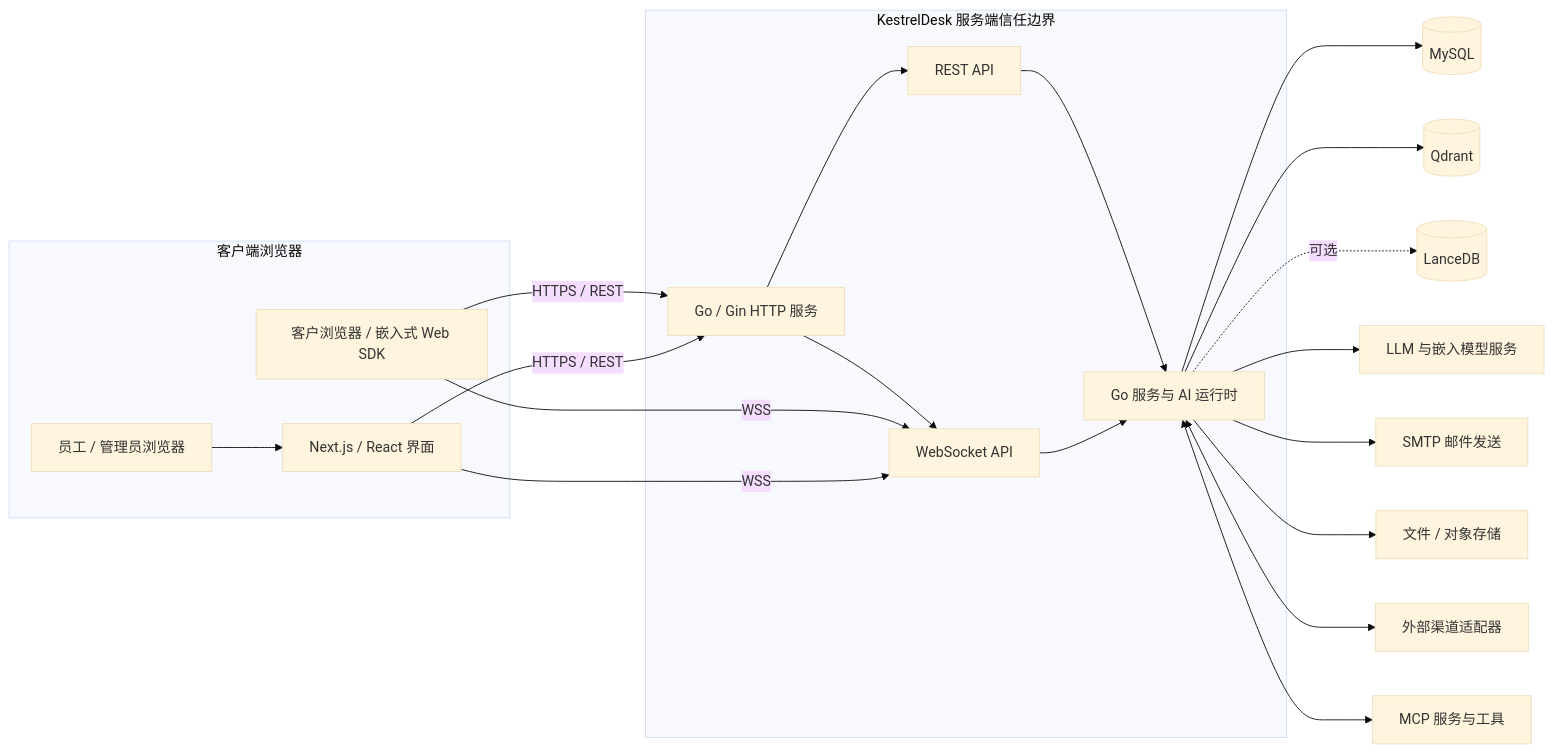
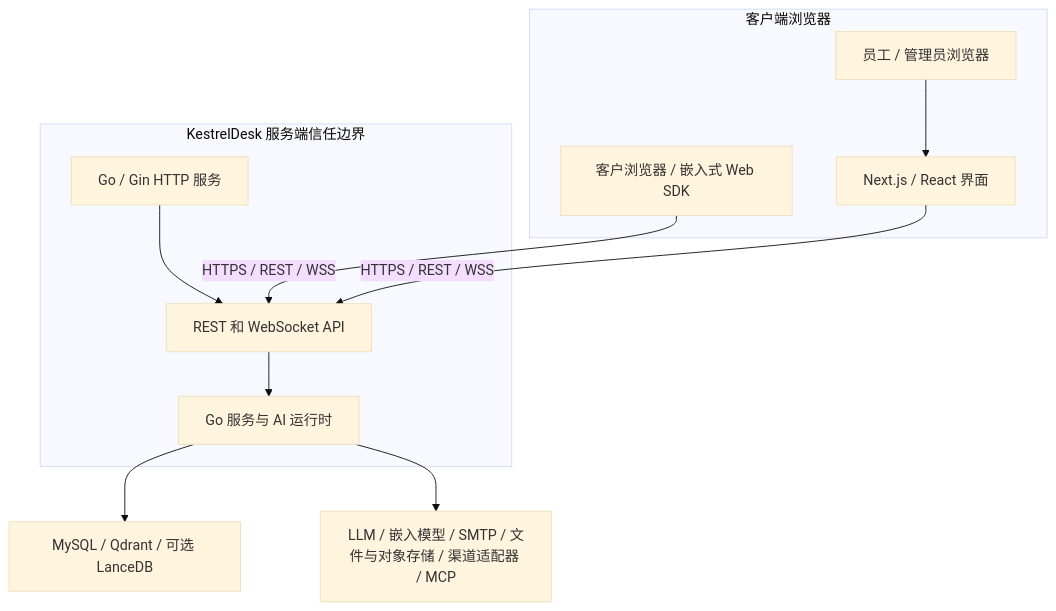
One commit to Swhshd/kestreldesk changed the fourth of 6 diagrams in README.md. Above: the diagram before and after it, drawn with Mermaid (base theme). The commit also changed other lines of this file, not shown here.

Commit message:
docs: improve README diagram readability

````diff
--- a/README.md
+++ b/README.md
@@ -376,34 +364,22 @@
 ```mermaid
-flowchart LR
+flowchart TB
   subgraph Clients[客户端浏览器]
     customer[客户浏览器 / 嵌入式 Web SDK]
     employee[员工 / 管理员浏览器]
     ui[Next.js / React 界面]
     employee --> ui
   end
 
   subgraph App[KestrelDesk 服务端信任边界]
     server[Go / Gin HTTP 服务]
-    rest[REST API]
-    ws[WebSocket API]
+    api[REST 和 WebSocket API]
     services[Go 服务与 AI 运行时]
-    server --> rest
-    server --> ws
-    rest --> services
-    ws --> services
+    server --> api --> services
   end
 
-  customer -->|HTTPS / REST| server
-  customer -->|WSS| ws
-  ui -->|HTTPS / REST| server
-  ui -->|WSS| ws
+  customer -->|HTTPS / REST / WSS| api
+  ui -->|HTTPS / REST / WSS| api
 
-  services --> mysql[(MySQL)]
-  services --> qdrant[(Qdrant)]
-  services -. 可选 .-> lance[(LanceDB)]
-  services --> models[LLM 与嵌入模型服务]
-  services --> smtp[SMTP 邮件发送]
-  services --> storage[文件 / 对象存储]
-  services <--> channels[外部渠道适配器]
-  services <--> mcp[MCP 服务与工具]
+  services --> data[MySQL / Qdrant / 可选 LanceDB]
+  services --> integrations[LLM / 嵌入模型 / SMTP / 文件与对象存储 / 渠道适配器 / MCP]
 ```
````
